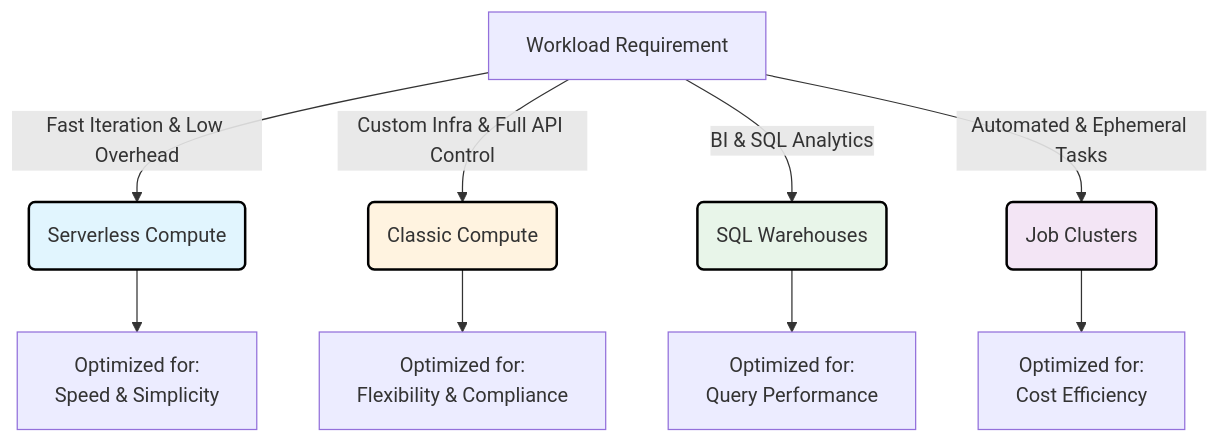
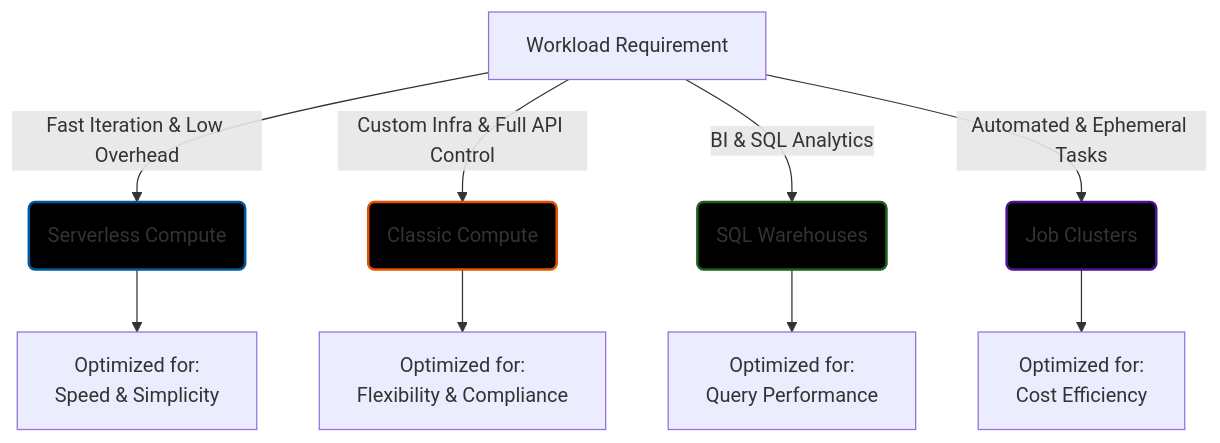
Before and after one commit to Balasubramanian-pg/DP-750: the diagram in 01. Setup And Configure Environment/04. Select and Configure Compute in Azure Databricks/02. Choose appropriate compute type.md, drawn with Mermaid.

Commit message:
Update 02. Choose appropriate compute type.md

````diff
--- a/01. Setup And Configure Environment/04. Select and Configure Compute in Azure Databricks/02. Choose appropriate compute type.md
+++ b/01. Setup And Configure Environment/04. Select and Configure Compute in Azure Databricks/02. Choose appropriate compute type.md
@@ -5,17 +5,17 @@
 ```mermaid
 graph TD
     A[Workload Requirement] -->|Fast Iteration & Low Overhead| B(Serverless Compute)
     A -->|Custom Infra & Full API Control| C(Classic Compute)
     A -->|BI & SQL Analytics| D(SQL Warehouses)
     A -->|Automated & Ephemeral Tasks| E(Job Clusters)
 
     B --> F[Optimized for: <br/>Speed & Simplicity]
     C --> G[Optimized for: <br/>Flexibility & Compliance]
     D --> H[Optimized for: <br/>Query Performance]
     E --> I[Optimized for: <br/>Cost Efficiency]
 
-    style B fill:#e1f5fe,stroke:#000000,stroke-width:2px
-    style C fill:#fff3e0,stroke:#000000,stroke-width:2px
-    style D fill:#e8f5e9,stroke:#000000,stroke-width:2px
-    style E fill:#f3e5f5,stroke:#000000,stroke-width:2px
+    style B fill:#000000,stroke:#01579b,stroke-width:2px
+    style C fill:#000000,stroke:#e65100,stroke-width:2px
+    style D fill:#000000,stroke:#1b5e20,stroke-width:2px
+    style E fill:#000000,stroke:#4a148c,stroke-width:2px
 ```
````
